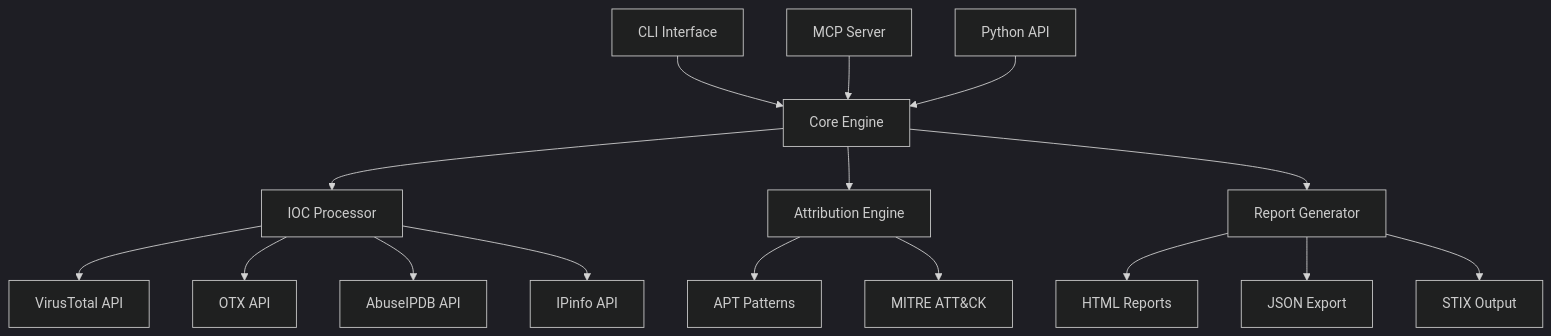
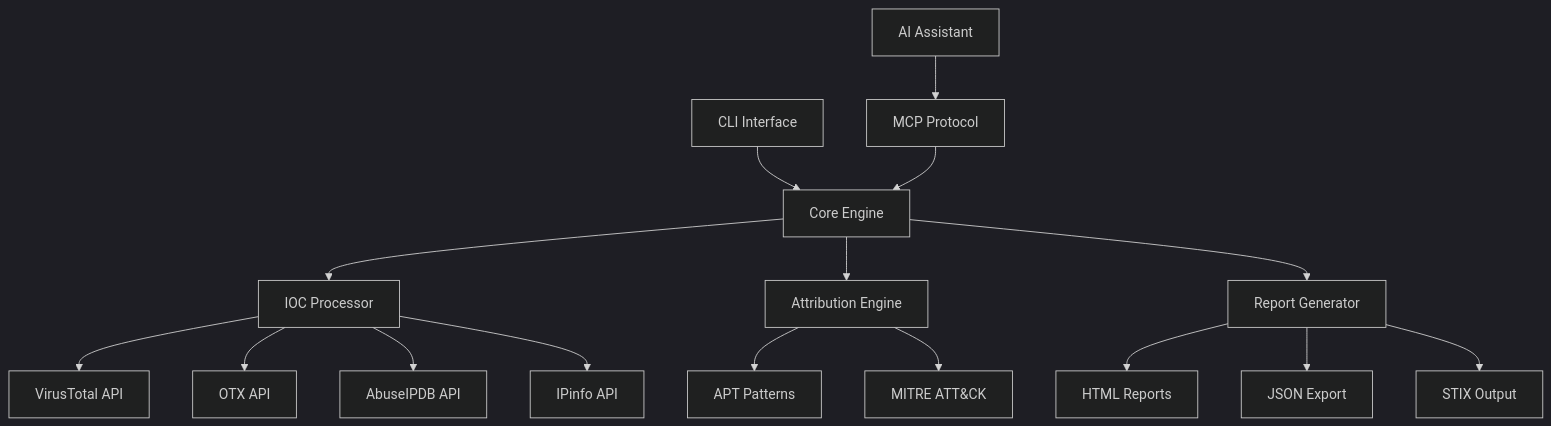
Before and after one commit to 4R9UN/fastmcp-threatintel: the diagram in README.md, drawn with Mermaid (dark theme). The commit also changed other lines of this file and 8 other files, not shown here.

````diff
--- a/README.md
+++ b/README.md
@@ -403,22 +199,22 @@
 ```mermaid
 graph TB
-    A[CLI Interface] --> B[Core Engine]
-    C[MCP Server] --> B
-    D[Python API] --> B
+    A[AI Assistant] --> B[MCP Protocol]
+    C[CLI Interface] --> D[Core Engine]
+    B --> D
     
-    B --> E[IOC Processor]
-    B --> F[Attribution Engine]
-    B --> G[Report Generator]
+    D --> E[IOC Processor]
+    D --> F[Attribution Engine]
+    D --> G[Report Generator]
     
     E --> H[VirusTotal API]
     E --> I[OTX API]
     E --> J[AbuseIPDB API]
     E --> K[IPinfo API]
     
     F --> L[APT Patterns]
     F --> M[MITRE ATT&CK]
     
     G --> N[HTML Reports]
     G --> O[JSON Export]
     G --> P[STIX Output]
 ```
````
